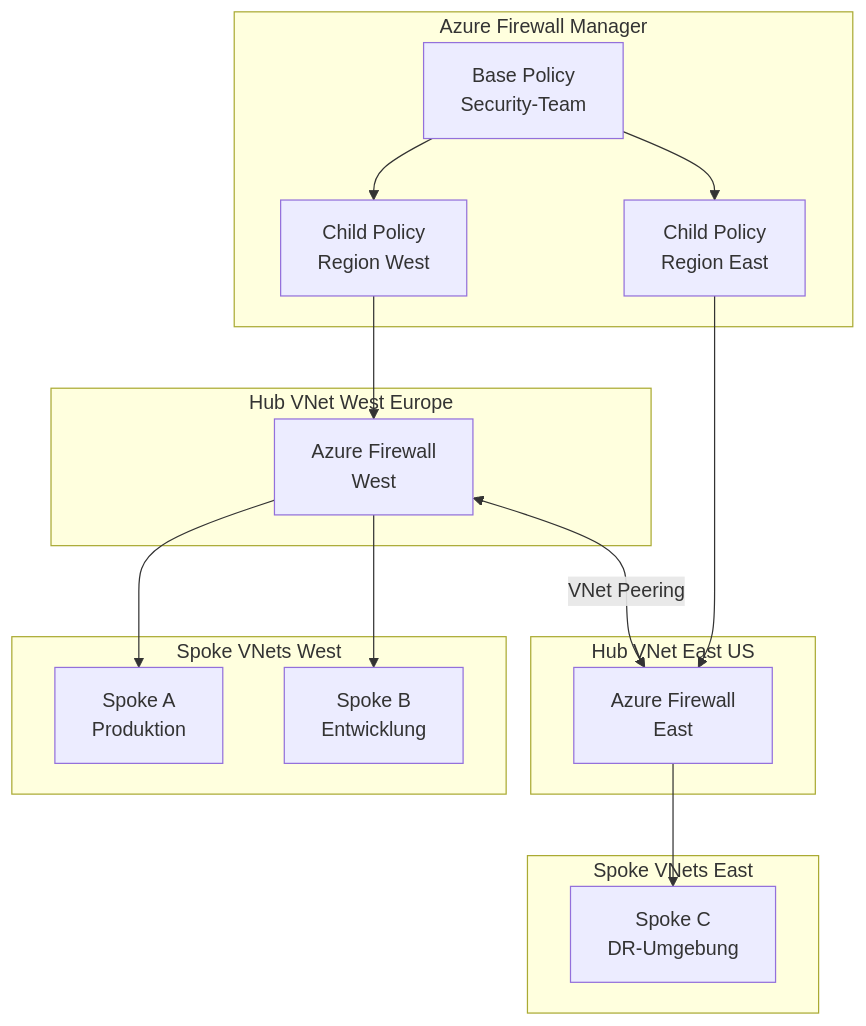
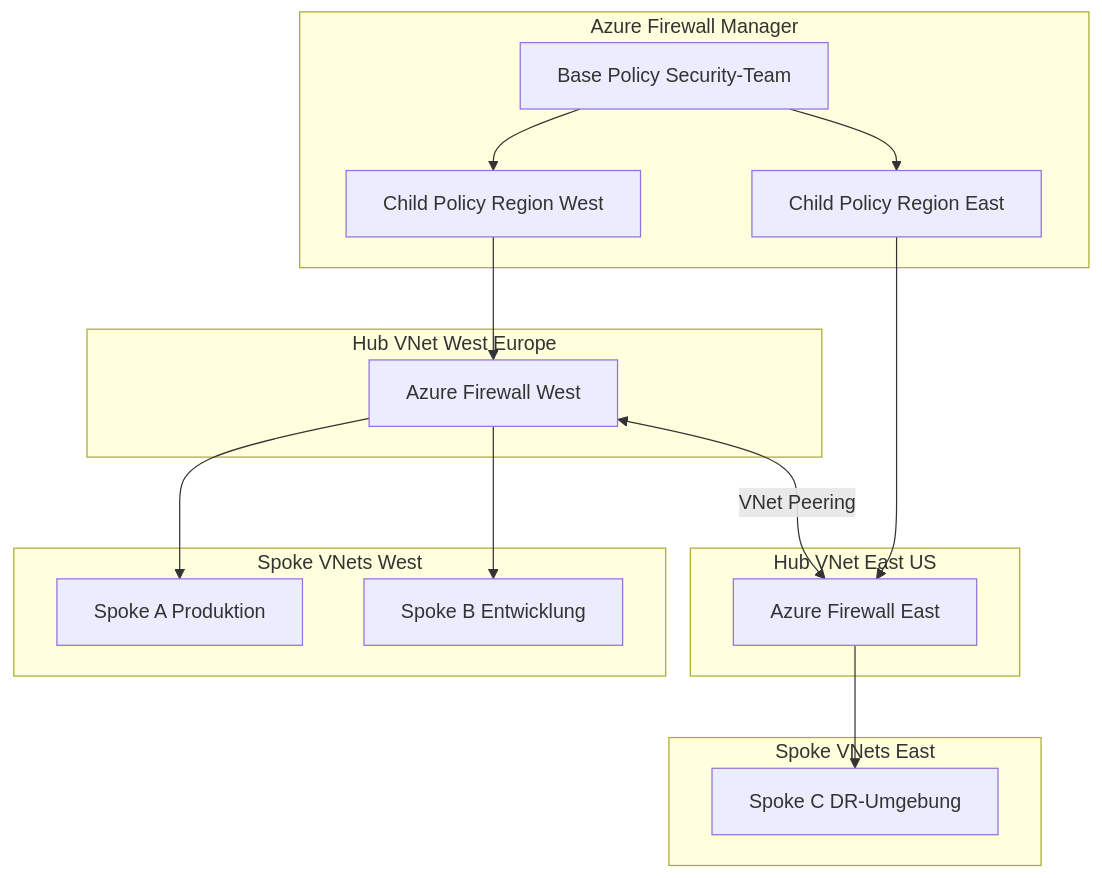
The first of 3 diagrams in Microsoft 365/Azure/Sicherheit/Azure Firewall Manager.md (SoniiiT/notes-n-docs), drawn with Mermaid before and after one commit. The commit also changed other lines of this file and 124 other files, not shown here.

First line of the commit message:
fix: Entferne \n aus allen Mermaid-Diagrammen (125 Dateien)

````diff
--- a/Microsoft 365/Azure/Sicherheit/Azure Firewall Manager.md
+++ b/Microsoft 365/Azure/Sicherheit/Azure Firewall Manager.md
@@ -117,34 +117,34 @@
 ```mermaid
 graph TD
     subgraph FW_Manager["Azure Firewall Manager"]
-        BP["Base Policy\nSecurity-Team"]
-        CP1["Child Policy\nRegion West"]
-        CP2["Child Policy\nRegion East"]
+        BP["Base Policy Security-Team"]
+        CP1["Child Policy Region West"]
+        CP2["Child Policy Region East"]
         BP --> CP1
         BP --> CP2
     end
 
     subgraph HUB_W["Hub VNet West Europe"]
-        FW1["Azure Firewall\nWest"]
+        FW1["Azure Firewall West"]
         CP1 --> FW1
     end
 
     subgraph HUB_E["Hub VNet East US"]
-        FW2["Azure Firewall\nEast"]
+        FW2["Azure Firewall East"]
         CP2 --> FW2
     end
 
     subgraph SPOKES_W["Spoke VNets West"]
-        SP1["Spoke A\nProduktion"]
-        SP2["Spoke B\nEntwicklung"]
+        SP1["Spoke A Produktion"]
+        SP2["Spoke B Entwicklung"]
     end
 
     subgraph SPOKES_E["Spoke VNets East"]
-        SP3["Spoke C\nDR-Umgebung"]
+        SP3["Spoke C DR-Umgebung"]
     end
 
     FW1 --> SP1
     FW1 --> SP2
     FW2 --> SP3
     FW1 <-->|"VNet Peering"| FW2
 ```
````
